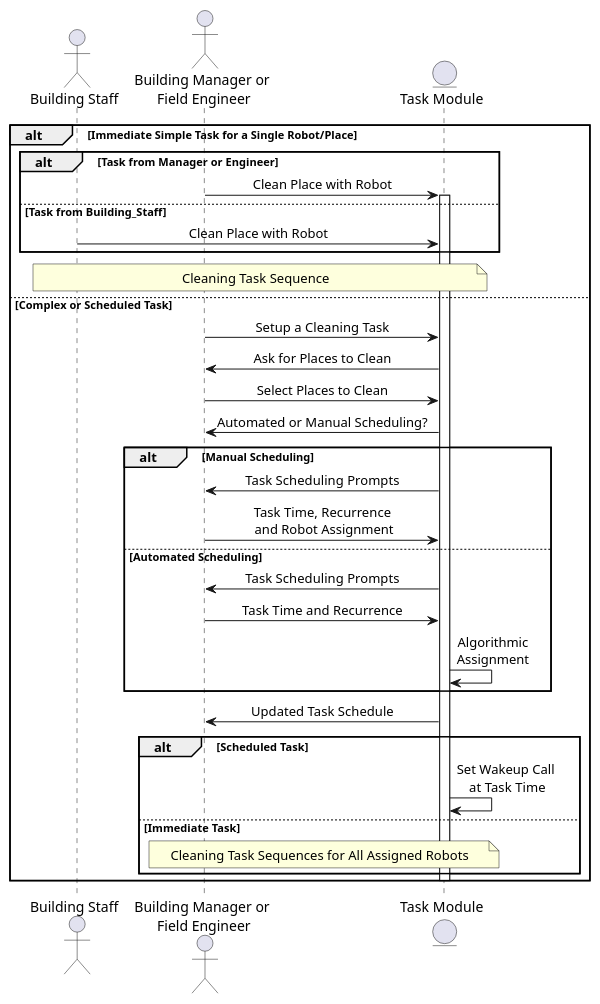
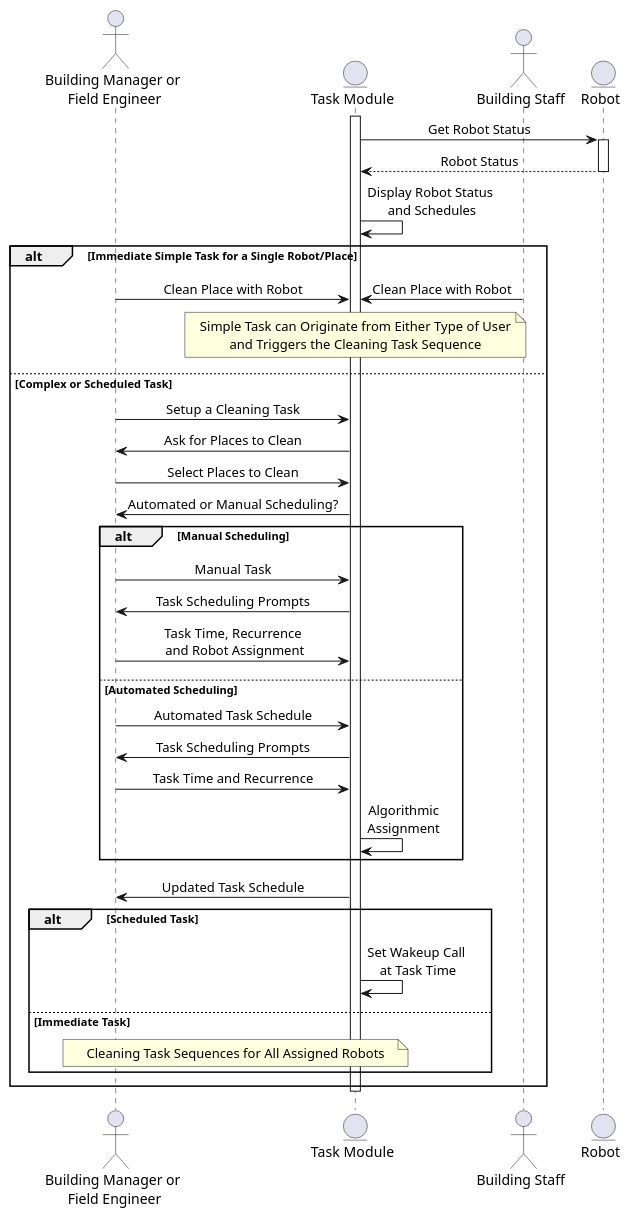
Before and after one commit to ur-swe-fa24/main-project-snoopy-corp: the diagram in docs/design/modeling_diagrams/sequence_diagrams/task_assignment.puml, drawn with PlantUML. The commit also changed 10 other files, not shown here.

Commit message:
Updated Sequence Diagrams and their Folder Paths

```diff
--- a/docs/design/modeling_diagrams/sequence_diagrams/task_assignment.puml
+++ b/docs/design/modeling_diagrams/sequence_diagrams/task_assignment.puml
@@ -1,37 +1,44 @@
 @startuml task_assignment
 skinparam sequenceMessageAlign center
+skinparam NoteTextAlignment center
+!pragma teoz true
 
-actor Building_Staff as "Building Staff"
 actor Manager_or_Engineer as "Building Manager or\n Field Engineer"
 entity Task_Module as "Task Module"
+actor Building_Staff as "Building Staff"
+entity Robot
 
+activate Task_Module
+Task_Module -> Robot: Get Robot Status
+activate Robot
+return Robot Status
+
+Task_Module -> Task_Module: Display Robot Status\n and Schedules
 alt Immediate Simple Task for a Single Robot/Place
-    alt Task from Manager or Engineer
         Manager_or_Engineer -> Task_Module: Clean Place with Robot
-        activate Task_Module
-    else Task from Building_Staff
-        Building_Staff -> Task_Module: Clean Place with Robot
-    end
-    note over Building_Staff, Task_Module: Cleaning Task Sequence
+        & Building_Staff -> Task_Module: Clean Place with Robot
+    note over Task_Module: Simple Task can Originate from Either Type of User\nand Triggers the Cleaning Task Sequence
 else Complex or Scheduled Task
     Manager_or_Engineer -> Task_Module: Setup a Cleaning Task
     Task_Module -> Manager_or_Engineer: Ask for Places to Clean
     Manager_or_Engineer -> Task_Module: Select Places to Clean
     Task_Module -> Manager_or_Engineer: Automated or Manual Scheduling?
     alt Manual Scheduling
+        Manager_or_Engineer -> Task_Module: Manual Task
         Task_Module -> Manager_or_Engineer: Task Scheduling Prompts
         Manager_or_Engineer -> Task_Module: Task Time, Recurrence\n and Robot Assignment
     else Automated Scheduling
+        Manager_or_Engineer -> Task_Module: Automated Task Schedule
         Task_Module -> Manager_or_Engineer: Task Scheduling Prompts
         Manager_or_Engineer -> Task_Module: Task Time and Recurrence
         Task_Module -> Task_Module: Algorithmic\nAssignment
     end
     Task_Module -> Manager_or_Engineer: Updated Task Schedule
     alt Scheduled Task
         Task_Module -> Task_Module: Set Wakeup Call \nat Task Time
     else Immediate Task
         note over Manager_or_Engineer, Task_Module: Cleaning Task Sequences for All Assigned Robots
     end
 deactivate Task_Module
 end
 @enduml
```
